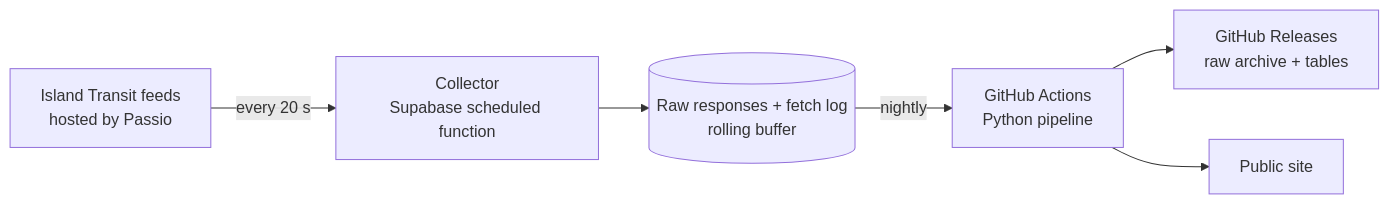
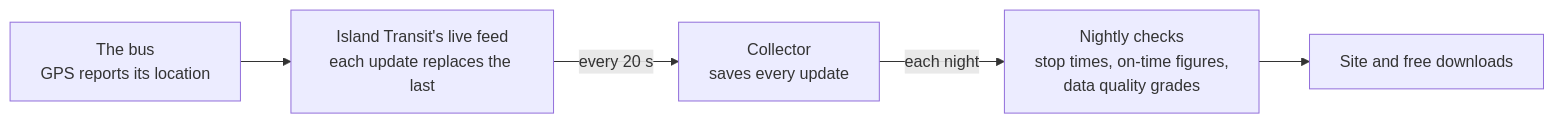
One commit to dfladagermccullugh-bot/Open-Island-Transit-Data changed the diagram in README.md. Above: the diagram before and after it, drawn with Mermaid. The commit also changed other lines of this file and 15 other files, not shown here.

````diff
--- a/README.md
+++ b/README.md
@@ -53,8 +29,7 @@
 ```mermaid
 flowchart LR
-  P[Island Transit feeds<br/>hosted by Passio] -->|every 20 s| C[Collector<br/>Supabase scheduled function]
-  C --> B[(Raw responses + fetch log<br/>rolling buffer)]
-  B -->|nightly| A[GitHub Actions<br/>Python pipeline]
-  A --> R[GitHub Releases<br/>raw archive + tables]
-  A --> S[Public site]
+  B[The bus<br/>GPS reports its location] --> F[Island Transit's live feed<br/>each update replaces the last]
+  F -->|every 20 s| C[Collector<br/>saves every update]
+  C -->|each night| N[Nightly checks<br/>stop times, on-time figures,<br/>data quality grades]
+  N --> S[Site and free downloads]
 ```
````
